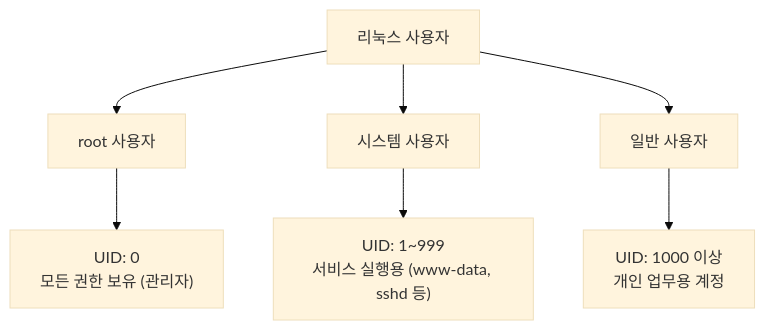
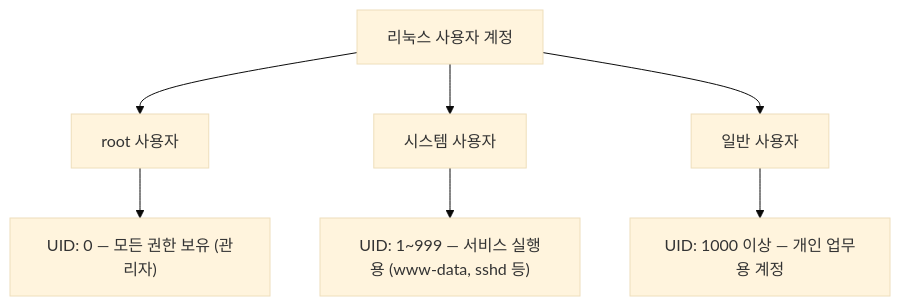
One commit to sbaek100/sbaek100.github.io changed the first of 5 diagrams in _posts/2026-03-06-Linux-3-1.md. Above: the diagram before and after it, drawn with Mermaid (base theme). The commit also changed other lines of this file and 2 other files, not shown here.

Commit message:
Update Linux week 3 Mermaid line breaks

````diff
--- a/_posts/2026-03-06-Linux-3-1.md
+++ b/_posts/2026-03-06-Linux-3-1.md
@@ -35,9 +31,9 @@
 ```mermaid
 flowchart TD
-    A[리눅스 사용자] --> B[root 사용자]
+    A[리눅스 사용자 계정] --> B[root 사용자]
     A --> C[시스템 사용자]
     A --> D[일반 사용자]
-    B --> B1["UID: 0\n모든 권한 보유 (관리자)"]
-    C --> C1["UID: 1~999\n서비스 실행용 (www-data, sshd 등)"]
-    D --> D1["UID: 1000 이상\n개인 업무용 계정"]
+    B --> B1["UID: 0 — 모든 권한 보유 (관리자)"]
+    C --> C1["UID: 1~999 — 서비스 실행용 (www-data, sshd 등)"]
+    D --> D1["UID: 1000 이상 — 개인 업무용 계정"]
 ```
````
